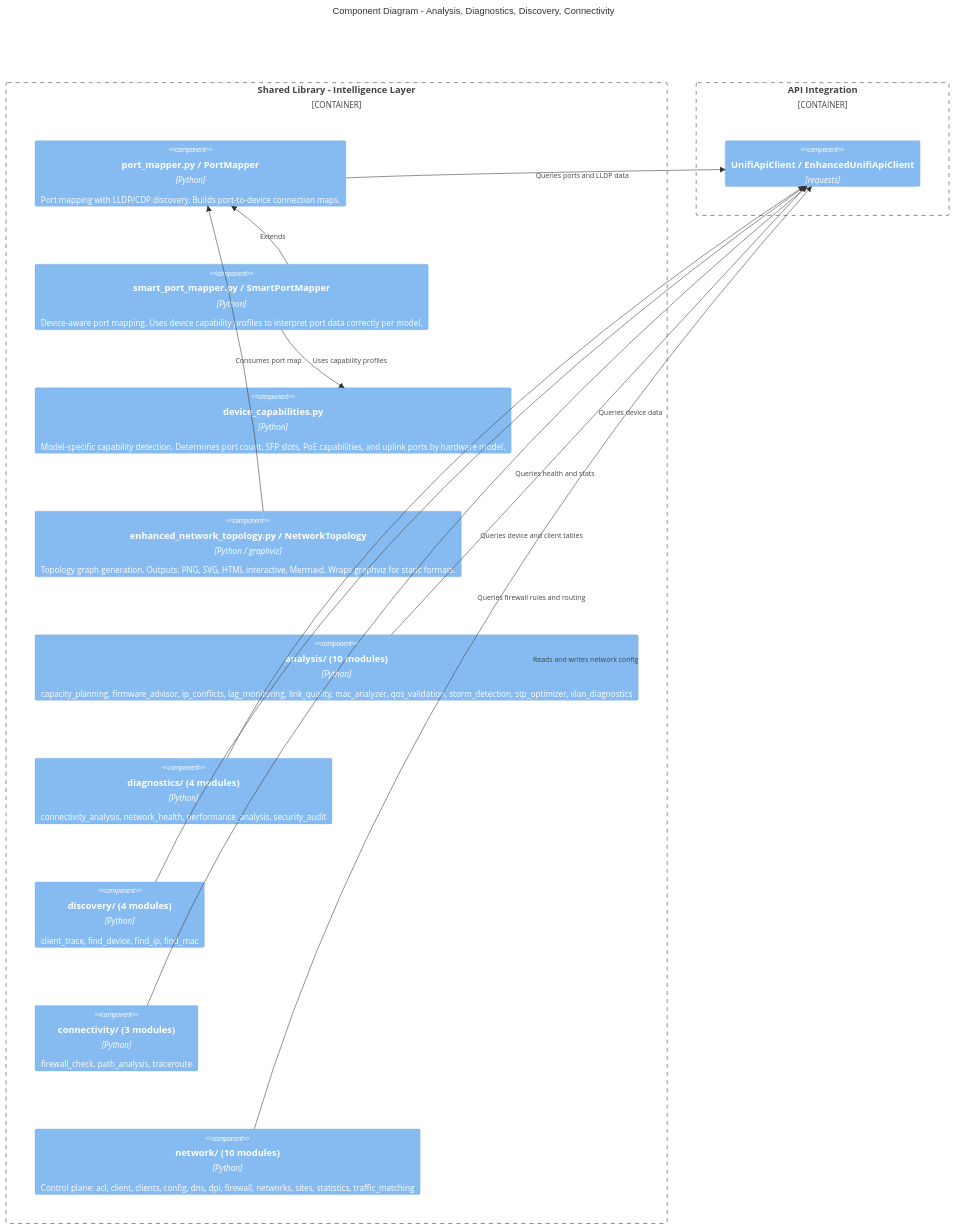
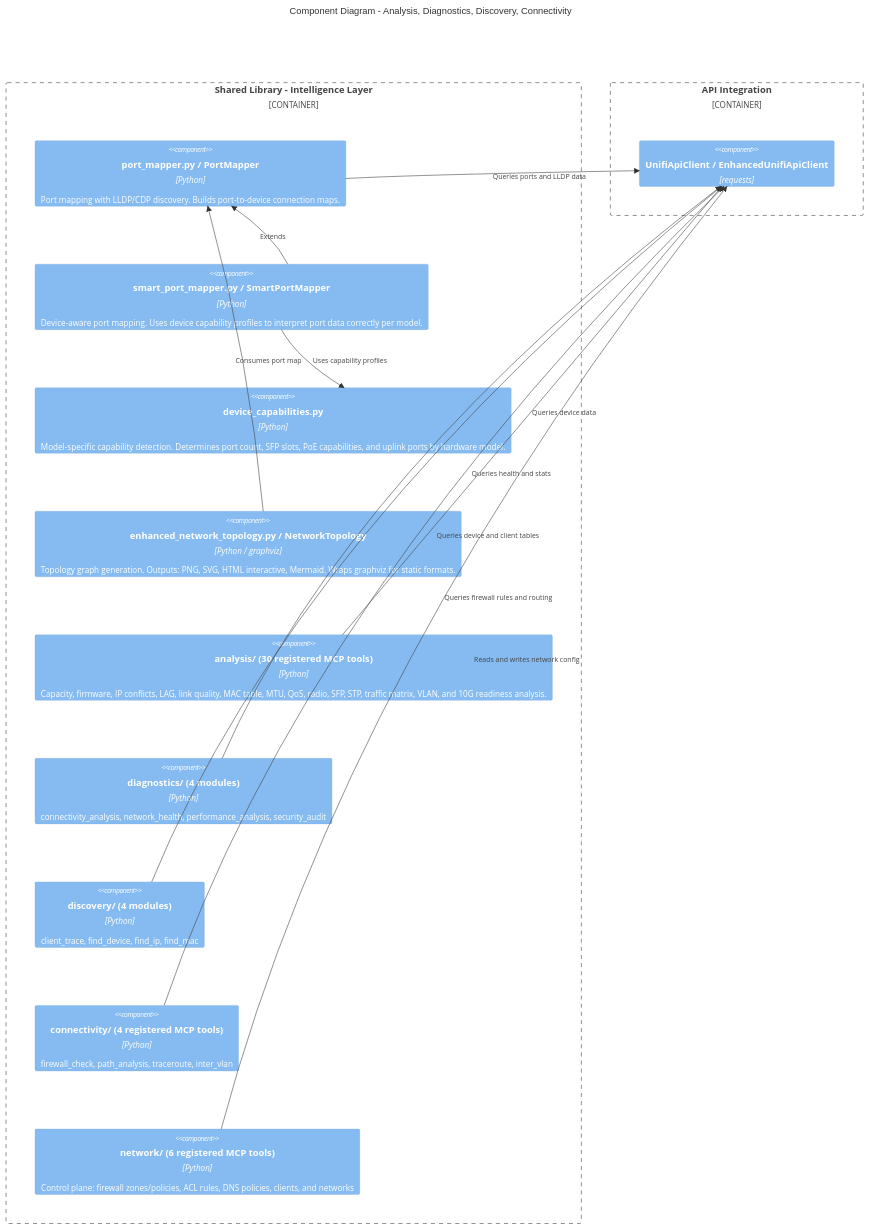
One commit to NetDevAutomate/unifi_management_cli changed the ninth of 26 diagrams in docs/architecture/c4-architecture.md. Above: the diagram before and after it, drawn with Mermaid. The commit also changed other lines of this file and 14 other files, not shown here.

First line of the commit message:
feat(network): document STP remediation workflows

````diff
--- a/docs/architecture/c4-architecture.md
+++ b/docs/architecture/c4-architecture.md
@@ -308,32 +317,32 @@
 ```mermaid
 C4Component
     title Component Diagram - Analysis, Diagnostics, Discovery, Connectivity
 
     Container_Boundary(intelligence, "Shared Library - Intelligence Layer") {
 
         Component(port_mapper_c, "port_mapper.py / PortMapper", "Python", "Port mapping with LLDP/CDP discovery. Builds port-to-device connection maps.")
         Component(smart_port_mapper_c, "smart_port_mapper.py / SmartPortMapper", "Python", "Device-aware port mapping. Uses device capability profiles to interpret port data correctly per model.")
         Component(device_caps, "device_capabilities.py", "Python", "Model-specific capability detection. Determines port count, SFP slots, PoE capabilities, and uplink ports by hardware model.")
         Component(topology_c, "enhanced_network_topology.py / NetworkTopology", "Python / graphviz", "Topology graph generation. Outputs: PNG, SVG, HTML interactive, Mermaid. Wraps graphviz for static formats.")
 
-        Component(analysis_pkg, "analysis/ (10 modules)", "Python", "capacity_planning, firmware_advisor, ip_conflicts, lag_monitoring, link_quality, mac_analyzer, qos_validation, storm_detection, stp_optimizer, vlan_diagnostics")
+        Component(analysis_pkg, "analysis/ (30 registered MCP tools)", "Python", "Capacity, firmware, IP conflicts, LAG, link quality, MAC table, MTU, QoS, radio, SFP, STP, traffic matrix, VLAN, and 10G readiness analysis.")
         Component(diagnostics_pkg, "diagnostics/ (4 modules)", "Python", "connectivity_analysis, network_health, performance_analysis, security_audit")
         Component(discovery_pkg, "discovery/ (4 modules)", "Python", "client_trace, find_device, find_ip, find_mac")
-        Component(connectivity_pkg, "connectivity/ (3 modules)", "Python", "firewall_check, path_analysis, traceroute")
-        Component(network_pkg, "network/ (10 modules)", "Python", "Control plane: acl, client, clients, config, dns, dpi, firewall, networks, sites, statistics, traffic_matching")
+        Component(connectivity_pkg, "connectivity/ (4 registered MCP tools)", "Python", "firewall_check, path_analysis, traceroute, inter_vlan")
+        Component(network_pkg, "network/ (6 registered MCP tools)", "Python", "Control plane: firewall zones/policies, ACL rules, DNS policies, clients, and networks")
     }
 
     Container_Boundary(api_int, "API Integration") {
         Component(api_ref, "UnifiApiClient / EnhancedUnifiApiClient", "requests", "")
     }
 
     Rel(analysis_pkg, api_ref, "Queries device data")
     Rel(diagnostics_pkg, api_ref, "Queries health and stats")
     Rel(discovery_pkg, api_ref, "Queries device and client tables")
     Rel(connectivity_pkg, api_ref, "Queries firewall rules and routing")
     Rel(network_pkg, api_ref, "Reads and writes network config")
     Rel(port_mapper_c, api_ref, "Queries ports and LLDP data")
     Rel(smart_port_mapper_c, port_mapper_c, "Extends")
     Rel(smart_port_mapper_c, device_caps, "Uses capability profiles")
     Rel(topology_c, port_mapper_c, "Consumes port map")
 ```
````
